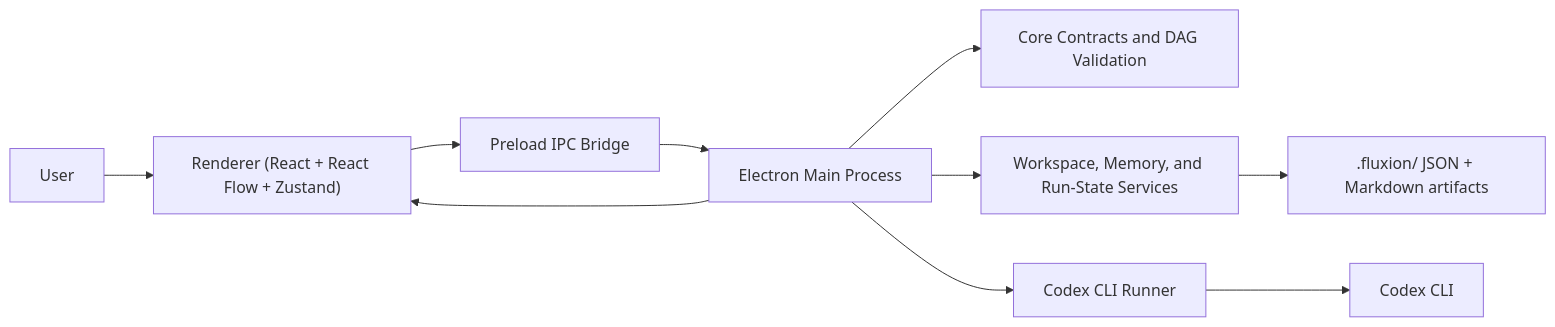
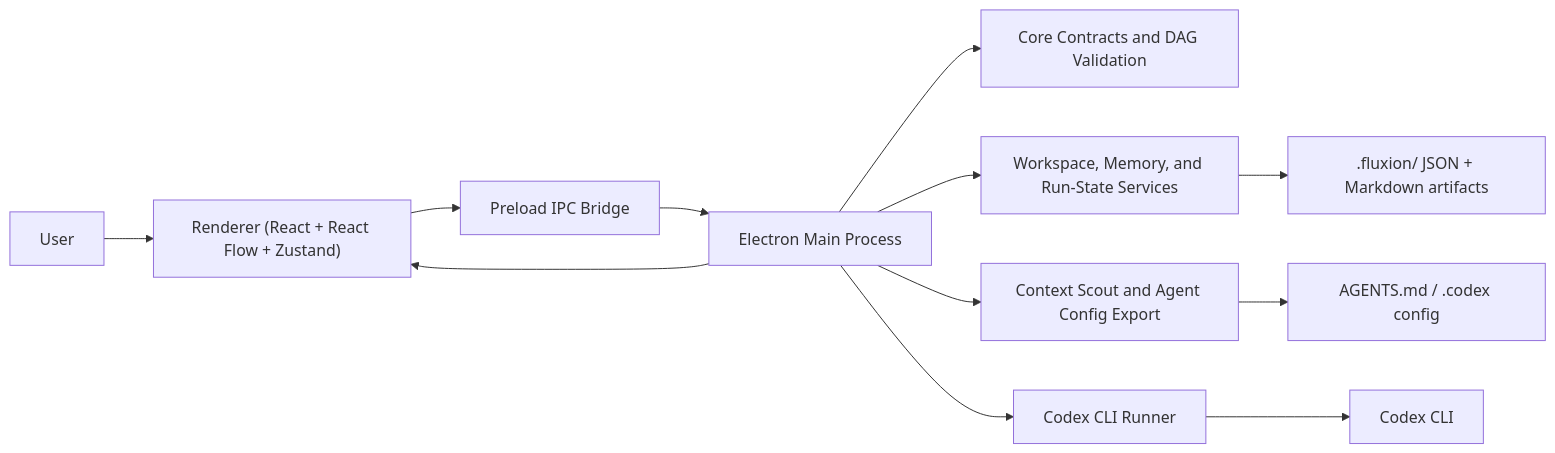
One commit to KienNT792/Fluxion changed the diagram in README.md. Above: the diagram before and after it, drawn with Mermaid. The commit also changed other lines of this file and 8 other files, not shown here.

````diff
--- a/README.md
+++ b/README.md
@@ -235,12 +257,14 @@
 ```mermaid
 flowchart LR
   User["User"] --> Renderer["Renderer (React + React Flow + Zustand)"]
   Renderer --> Preload["Preload IPC Bridge"]
   Preload --> Main["Electron Main Process"]
   Main --> Core["Core Contracts and DAG Validation"]
   Main --> Workspace["Workspace, Memory, and Run-State Services"]
+  Main --> Context["Context Scout and Agent Config Export"]
   Main --> Runner["Codex CLI Runner"]
   Runner --> Codex["Codex CLI"]
   Workspace --> FluxionData[".fluxion/ JSON + Markdown artifacts"]
+  Context --> AgentFiles["AGENTS.md / .codex config"]
   Main --> Renderer
 ```
````
